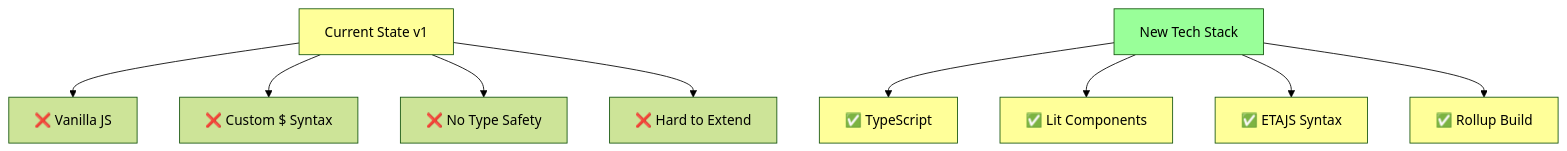
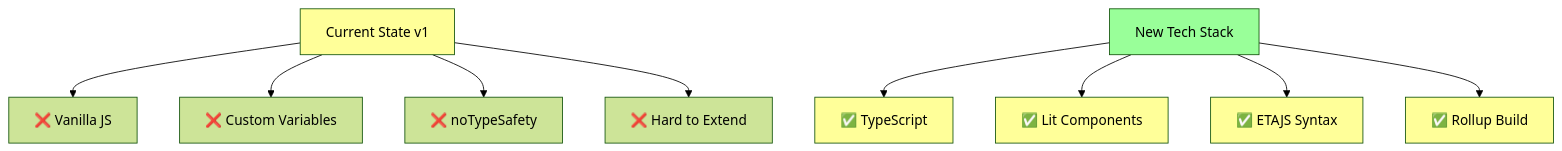
One commit to daredoes/linked-lovelace-ui changed diagram 16 of 22 in docs_site/api-evolution.md. Above: the diagram before and after it, drawn with Mermaid (forest theme). The commit also changed other lines of this file and 1 other file, not shown here.

First line of the commit message:
Fix all Mermaid diagram syntax errors for v11.12.3 compatibility

````diff
--- a/docs_site/api-evolution.md
+++ b/docs_site/api-evolution.md
@@ -407,20 +398,20 @@
 ```mermaid
 flowchart TD
     A[Current State v1] --> B[❌ Vanilla JS]
-    A --> C[❌ Custom $ Syntax]
-    A --> D[❌ No Type Safety]
+    A --> C[❌ Custom Variables]
+    A --> D[❌ noTypeSafety]
     A --> E[❌ Hard to Extend]
     
     F[New Tech Stack]
     F --> G[✅ TypeScript]
     F --> H[✅ Lit Components]
     F --> I[✅ ETAJS Syntax]
     F --> J[✅ Rollup Build]
     
     style A fill:#ff9
     style F fill:#9f9
     style G fill:#ff9
     style H fill:#ff9
     style I fill:#ff9
     style J fill:#ff9
 ```
````
